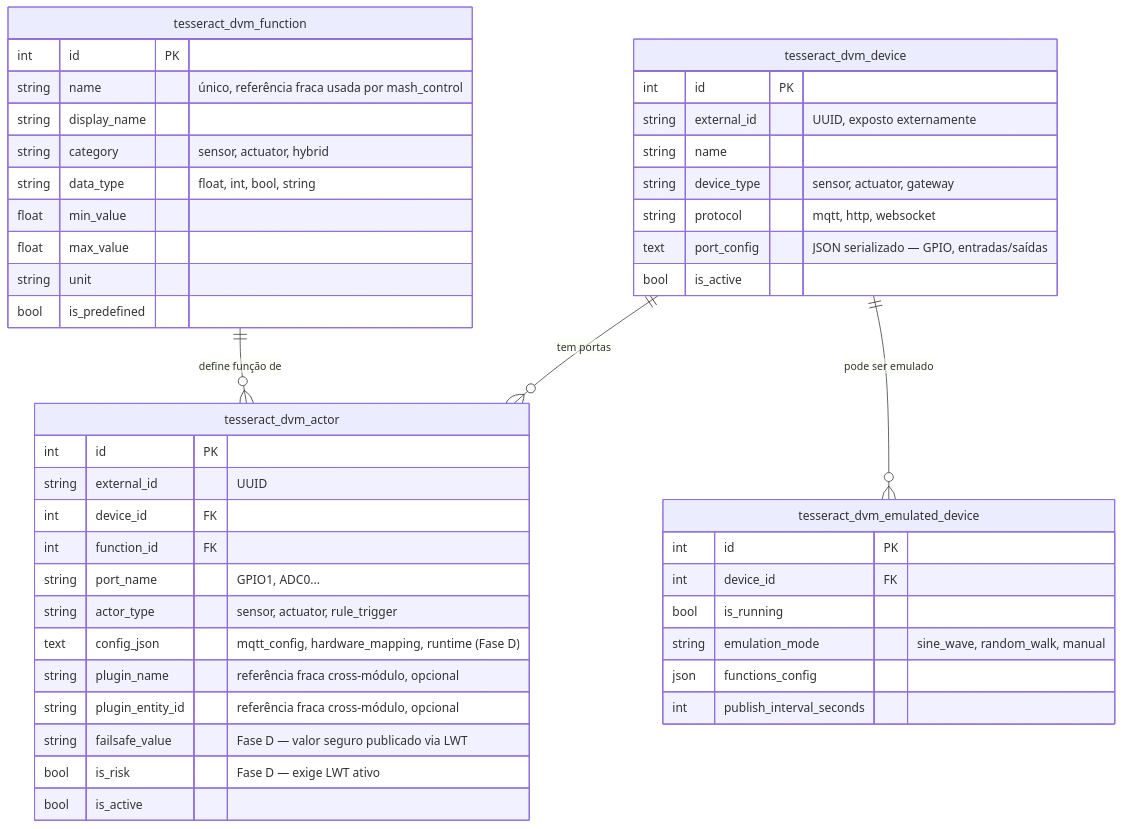
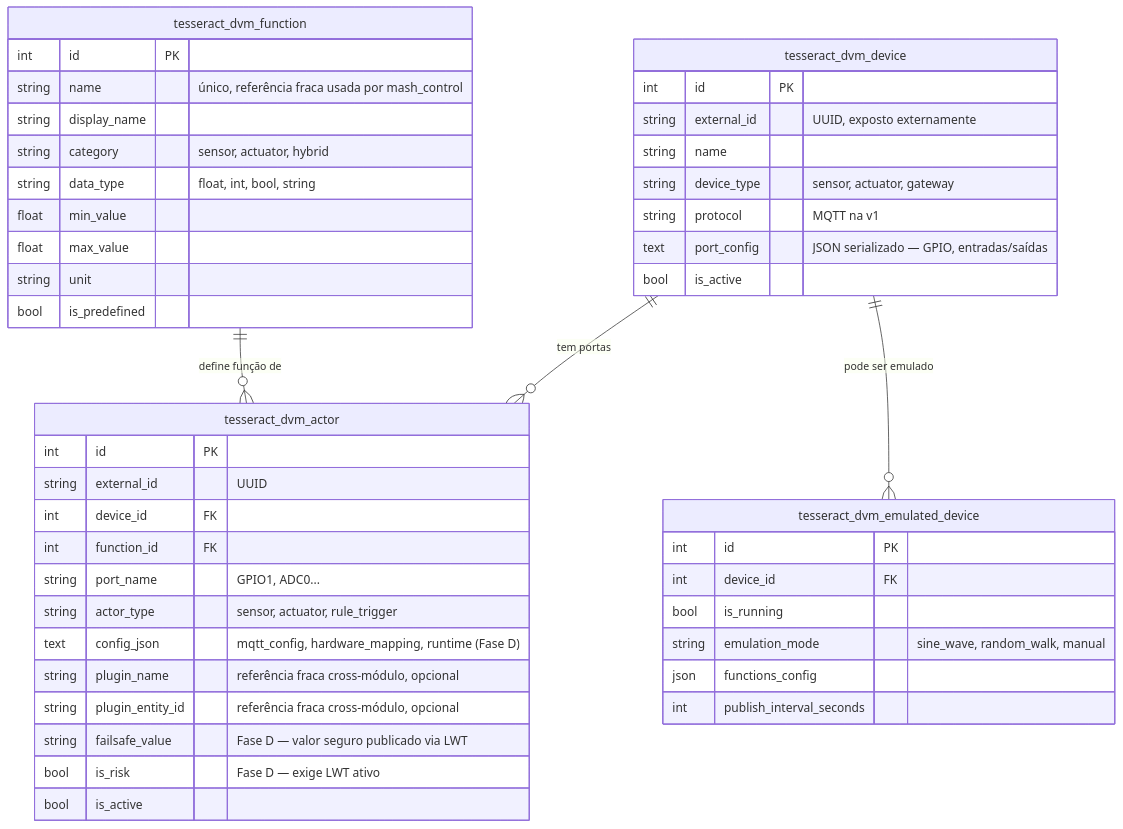
Before and after one commit to ChristopherNicolasSMM/Tesseract: the diagram in addons/addon_device_manager/docs/technical/04-modelo-de-dados.md, drawn with Mermaid. The commit also changed 21 other files, not shown here.

````diff
--- a/addons/addon_device_manager/docs/technical/04-modelo-de-dados.md
+++ b/addons/addon_device_manager/docs/technical/04-modelo-de-dados.md
@@ -3,49 +3,49 @@
 ```mermaid
 erDiagram
     tesseract_dvm_device ||--o{ tesseract_dvm_actor : "tem portas"
     tesseract_dvm_function ||--o{ tesseract_dvm_actor : "define função de"
     tesseract_dvm_device ||--o{ tesseract_dvm_emulated_device : "pode ser emulado"
 
     tesseract_dvm_function {
         int id PK
         string name "único, referência fraca usada por mash_control"
         string display_name
         string category "sensor, actuator, hybrid"
         string data_type "float, int, bool, string"
         float min_value
         float max_value
         string unit
         bool is_predefined
     }
     tesseract_dvm_device {
         int id PK
         string external_id "UUID, exposto externamente"
         string name
         string device_type "sensor, actuator, gateway"
-        string protocol "mqtt, http, websocket"
+        string protocol "MQTT na v1"
         text port_config "JSON serializado — GPIO, entradas/saídas"
         bool is_active
     }
     tesseract_dvm_actor {
         int id PK
         string external_id "UUID"
         int device_id FK
         int function_id FK
         string port_name "GPIO1, ADC0..."
         string actor_type "sensor, actuator, rule_trigger"
         text config_json "mqtt_config, hardware_mapping, runtime (Fase D)"
         string plugin_name "referência fraca cross-módulo, opcional"
         string plugin_entity_id "referência fraca cross-módulo, opcional"
         string failsafe_value "Fase D — valor seguro publicado via LWT"
         bool is_risk "Fase D — exige LWT ativo"
         bool is_active
     }
     tesseract_dvm_emulated_device {
         int id PK
         int device_id FK
         bool is_running
         string emulation_mode "sine_wave, random_walk, manual"
         json functions_config
         int publish_interval_seconds
     }
 ```
````
